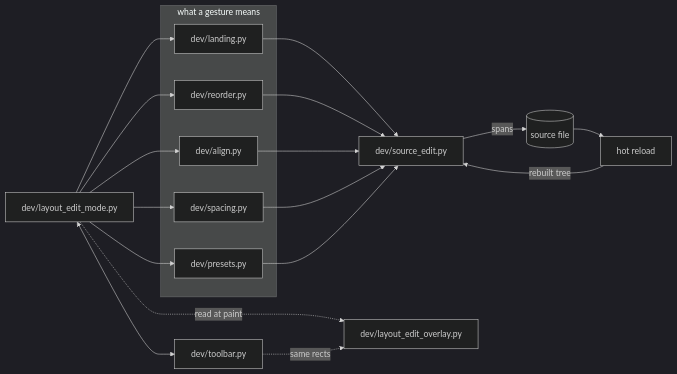
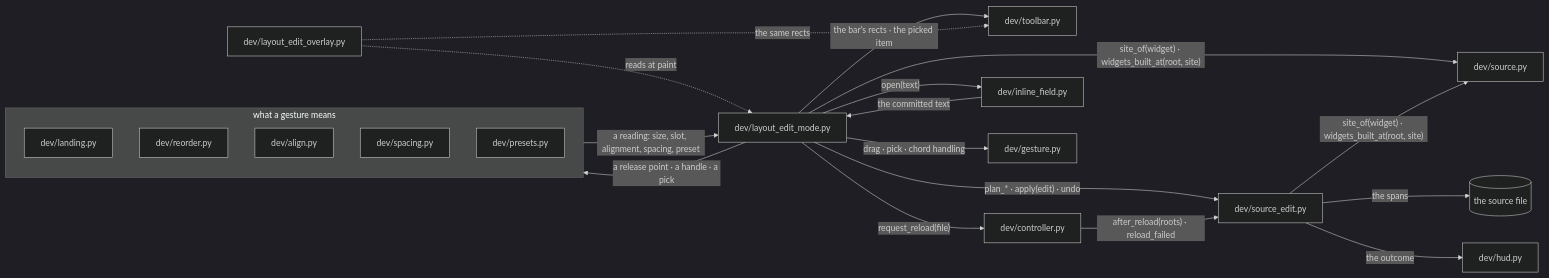
Before and after one commit to yuksblog/nuiitivet: the fifth of 6 diagrams in docs/design/DEV_MODES.md, drawn with Mermaid (dark theme). The commit also changed other lines of this file and 35 other files, not shown here.

````diff
--- a/docs/design/DEV_MODES.md
+++ b/docs/design/DEV_MODES.md
@@ -172,22 +220,33 @@
 ```mermaid
 flowchart LR
     mode[dev/layout_edit_mode.py]
     subgraph readings[what a gesture means]
         landing[dev/landing.py]
         reorder[dev/reorder.py]
         align[dev/align.py]
         spacing[dev/spacing.py]
         presets[dev/presets.py]
     end
     toolbar[dev/toolbar.py]
     edit[dev/source_edit.py]
-    file[(source file)]
-    reload[hot reload]
+    file[(the source file)]
+    reload["dev/controller.py"]
+    hud[dev/hud.py]
     overlay[dev/layout_edit_overlay.py]
+    field[dev/inline_field.py]
+    gesture[dev/gesture.py]
+    sites[dev/source.py]
 
-    mode --> landing & reorder & align & spacing & presets --> edit
-    mode <--> toolbar
-    edit -- spans --> file --> reload -- "rebuilt tree" --> edit
-    mode -. "read at paint" .-> overlay
-    toolbar -. "same rects" .-> overlay
+    mode -- "a release point · a handle · a pick" --> readings -- "a reading: size, slot, alignment, spacing, preset" --> mode
+    mode -- "plan_* · apply(edit) · undo" --> edit
+    mode -- "the bar's rects · the picked item" --> toolbar
+    mode -- "open(text)" --> field
+    field -- "the committed text" --> mode
+    mode -- "drag · pick · chord handling" --> gesture
+    mode & edit -- "site_of(widget) · widgets_built_at(root, site)" --> sites
+    edit -- "the spans" --> file
+    mode -- "request_reload(file)" --> reload -- "after_reload(roots) · reload_failed" --> edit
+    edit -- "the outcome" --> hud
+    overlay -. "reads at paint" .-> mode
+    overlay -. "the same rects" .-> toolbar
 ```
````
